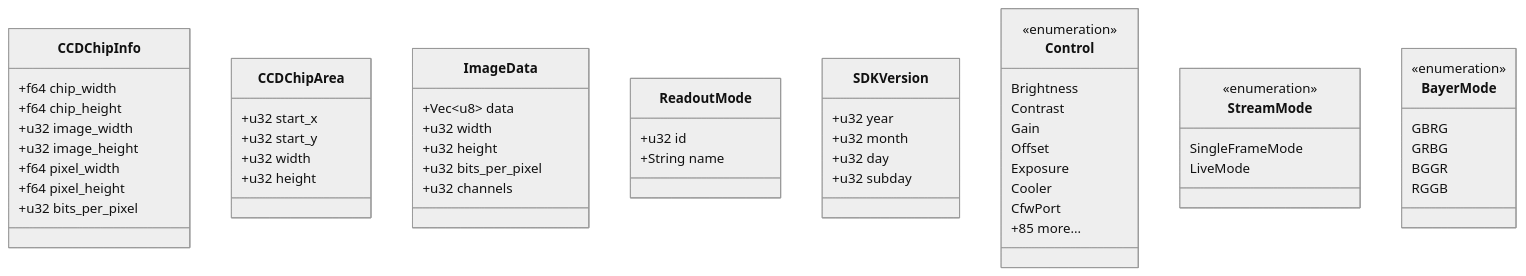
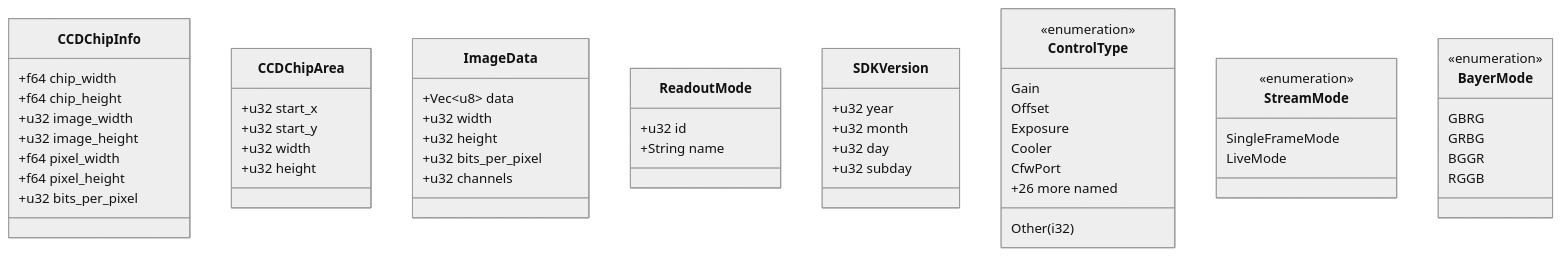
Before and after one commit to ivonnyssen/rusty-photon: the ninth of 19 diagrams in crates/qhyccd-rs/docs/qhyccd-rs.md, drawn with Mermaid (neutral theme). The commit also changed other lines of this file, not shown here.

First line of the commit message:
docs(qhyccd-rs): correct stale Control->ControlType type-system section

````diff
--- a/crates/qhyccd-rs/docs/qhyccd-rs.md
+++ b/crates/qhyccd-rs/docs/qhyccd-rs.md
@@ -348,65 +348,64 @@
 ```mermaid
 classDiagram
     class CCDChipInfo {
         +f64 chip_width
         +f64 chip_height
         +u32 image_width
         +u32 image_height
         +f64 pixel_width
         +f64 pixel_height
         +u32 bits_per_pixel
     }
 
     class CCDChipArea {
         +u32 start_x
         +u32 start_y
         +u32 width
         +u32 height
     }
 
     class ImageData {
         +Vec~u8~ data
         +u32 width
         +u32 height
         +u32 bits_per_pixel
         +u32 channels
     }
 
     class ReadoutMode {
         +u32 id
         +String name
     }
 
     class SDKVersion {
         +u32 year
         +u32 month
         +u32 day
         +u32 subday
     }
 
-    class Control {
+    class ControlType {
         <<enumeration>>
-        Brightness
-        Contrast
         Gain
         Offset
         Exposure
         Cooler
         CfwPort
-        +85 more...
+        +26 more named
+        Other(i32)
     }
 
     class StreamMode {
         <<enumeration>>
         SingleFrameMode
         LiveMode
     }
 
     class BayerMode {
         <<enumeration>>
         GBRG
         GRBG
         BGGR
         RGGB
     }
 ```
````
